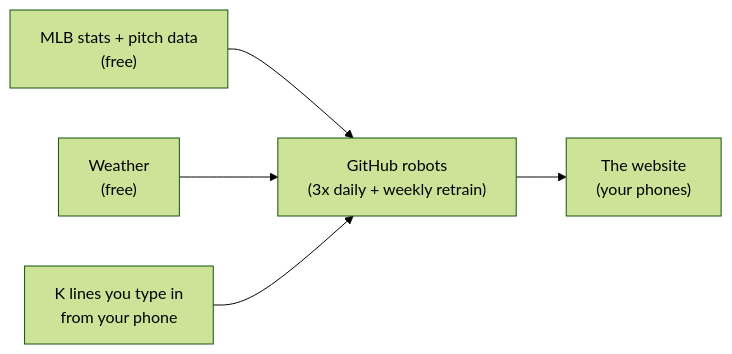
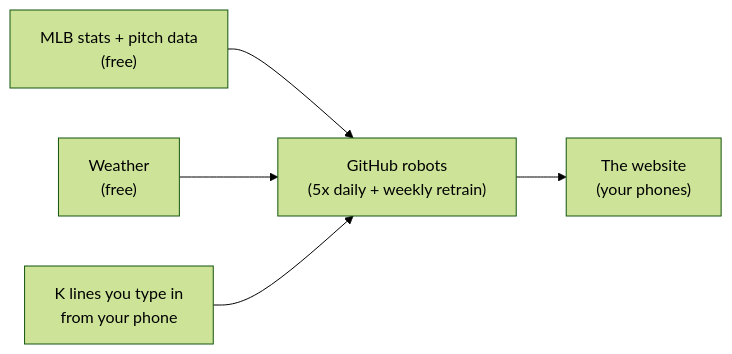
Before and after one commit to akillam1/mlb-k-projection: the diagram in README.md, drawn with Mermaid (forest theme). The commit also changed other lines of this file and 7 other files, not shown here.

````diff
--- a/README.md
+++ b/README.md
@@ -31,7 +31,7 @@
 ```mermaid
 flowchart LR
     A["MLB stats + pitch data<br/>(free)"] --> C
     B["Weather<br/>(free)"] --> C
     L["K lines you type in<br/>from your phone"] --> C
-    C["GitHub robots<br/>(3x daily + weekly retrain)"] --> F["The website<br/>(your phones)"]
+    C["GitHub robots<br/>(5x daily + weekly retrain)"] --> F["The website<br/>(your phones)"]
 ```
````
